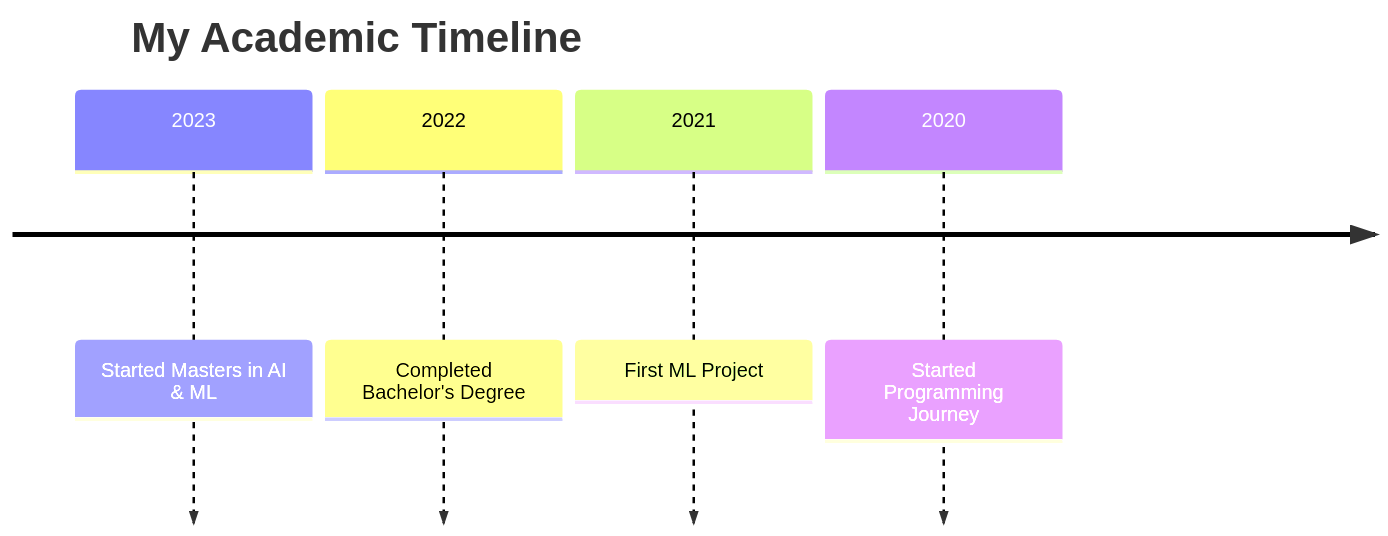
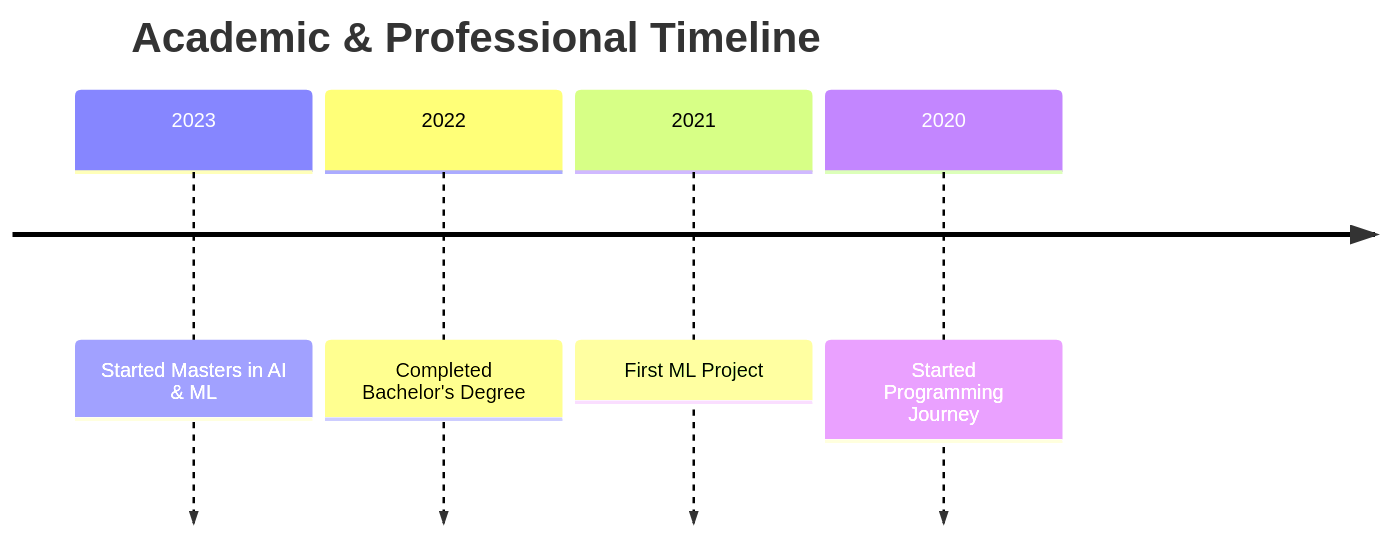
Before and after one commit to Susanta2102/Susanta2102: the diagram in README.md, drawn with Mermaid. The commit also changed other lines of this file, not shown here.

````diff
--- a/README.md
+++ b/README.md
@@ -99,8 +123,8 @@
 ```mermaid
 timeline
-    title My Academic Timeline
+    title Academic & Professional Timeline
     2023 : Started Masters in AI & ML
     2022 : Completed Bachelor's Degree
     2021 : First ML Project
     2020 : Started Programming Journey
 ```
````
